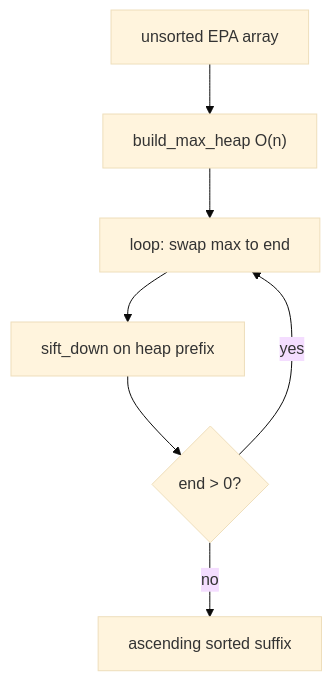
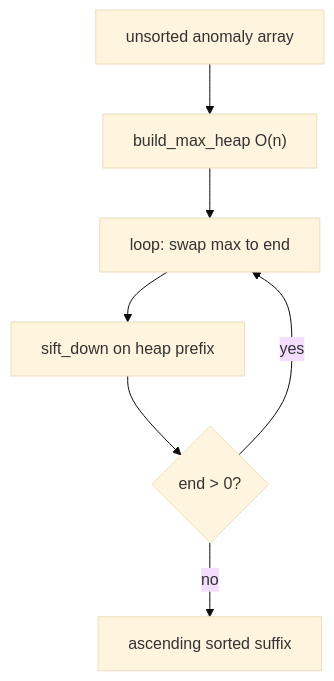
Before and after one commit to qgjones9/python-programming-guide: the first of 8 diagrams in docs/dsa/data-structures/heap-sort/index.md, drawn with Mermaid (base theme). The commit also changed other lines of this file and 29 other files, not shown here.

````diff
--- a/docs/dsa/data-structures/heap-sort/index.md
+++ b/docs/dsa/data-structures/heap-sort/index.md
@@ -33,9 +33,9 @@
 ```mermaid
 flowchart TD
-  A["unsorted EPA array"] --> B["build_max_heap O(n)"]
+  A["unsorted anomaly array"] --> B["build_max_heap O(n)"]
   B --> C["loop: swap max to end"]
   C --> D["sift_down on heap prefix"]
   D --> E{end > 0?}
   E -->|yes| C
   E -->|no| F["ascending sorted suffix"]
 ```
````
